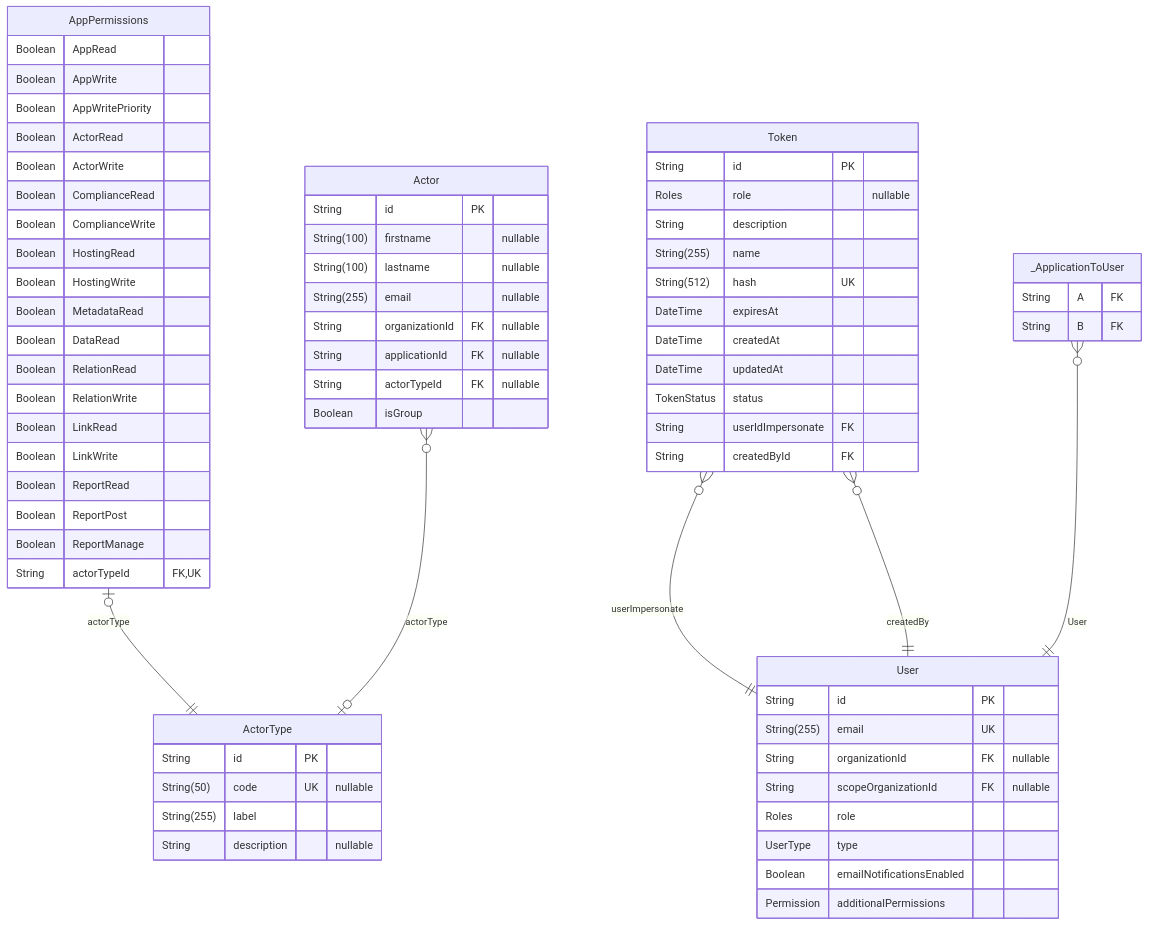
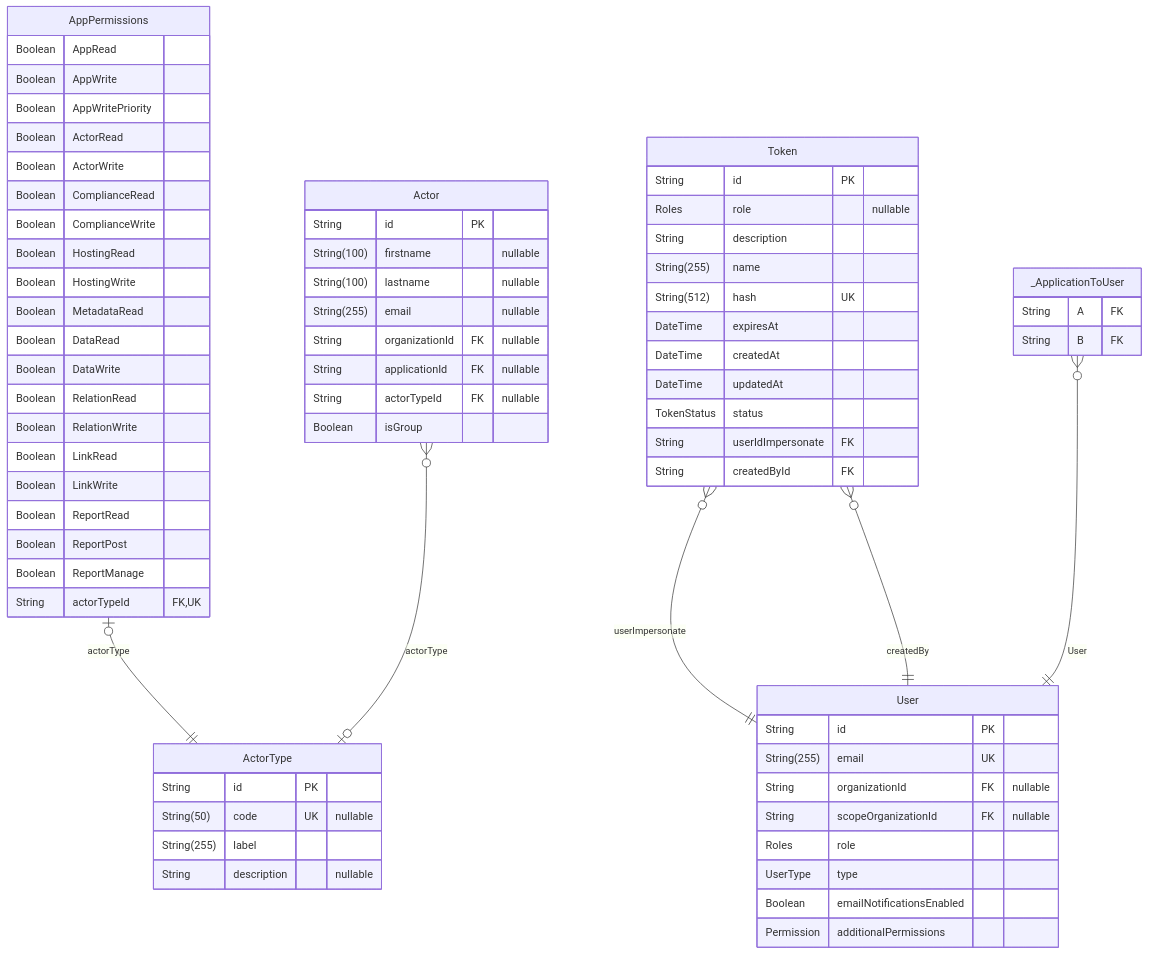
Before and after one commit to dnum-mi/referentiel-applications: the tenth of 13 diagrams in backend/prisma/docs/schema.md, drawn with Mermaid. The commit also changed other lines of this file and 12 other files, not shown here.

Commit message:
feat: add write permission for edit data app

````diff
--- a/backend/prisma/docs/schema.md
+++ b/backend/prisma/docs/schema.md
@@ -736,72 +736,73 @@
 ```mermaid
 erDiagram
 "AppPermissions" {
   Boolean AppRead
   Boolean AppWrite
   Boolean AppWritePriority
   Boolean ActorRead
   Boolean ActorWrite
   Boolean ComplianceRead
   Boolean ComplianceWrite
   Boolean HostingRead
   Boolean HostingWrite
   Boolean MetadataRead
   Boolean DataRead
+  Boolean DataWrite
   Boolean RelationRead
   Boolean RelationWrite
   Boolean LinkRead
   Boolean LinkWrite
   Boolean ReportRead
   Boolean ReportPost
   Boolean ReportManage
   String actorTypeId FK,UK
 }
 "Token" {
   String id PK
   Roles role "nullable"
   String description
   String(255) name
   String(512) hash UK
   DateTime expiresAt
   DateTime createdAt
   DateTime updatedAt
   TokenStatus status
   String userIdImpersonate FK
   String createdById FK
 }
 "User" {
   String id PK
   String(255) email UK
   String organizationId FK "nullable"
   String scopeOrganizationId FK "nullable"
   Roles role
   UserType type
   Boolean emailNotificationsEnabled
   Permission additionalPermissions
 }
 "Actor" {
   String id PK
   String(100) firstname "nullable"
   String(100) lastname "nullable"
   String(255) email "nullable"
   String organizationId FK "nullable"
   String applicationId FK "nullable"
   String actorTypeId FK "nullable"
   Boolean isGroup
 }
 "ActorType" {
   String id PK
   String(50) code UK "nullable"
   String(255) label
   String description "nullable"
 }
 "_ApplicationToUser" {
   String A FK
   String B FK
 }
 "AppPermissions" |o--|| "ActorType" : actorType
 "Token" }o--|| "User" : userImpersonate
 "Token" }o--|| "User" : createdBy
 "Actor" }o--o| "ActorType" : actorType
 "_ApplicationToUser" }o--|| "User" : User
 ```
````
